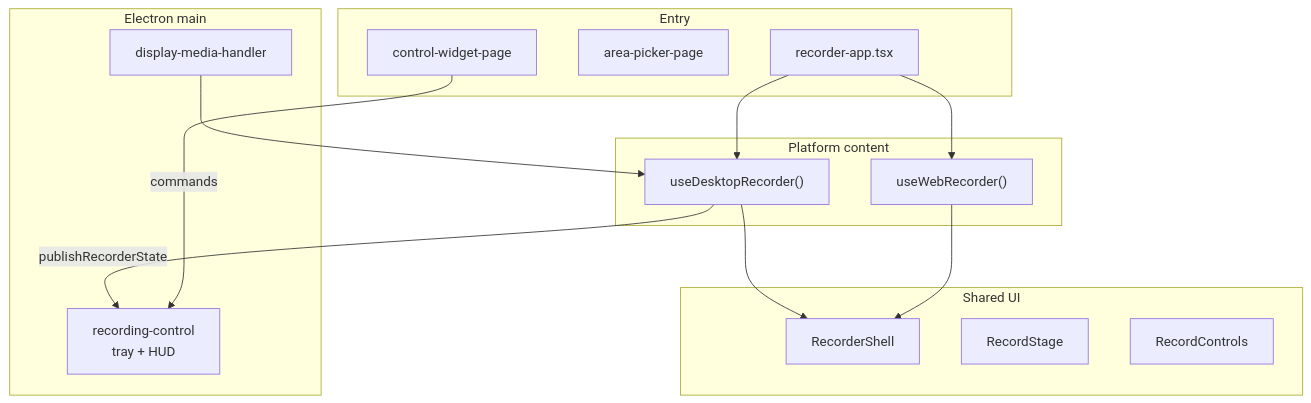
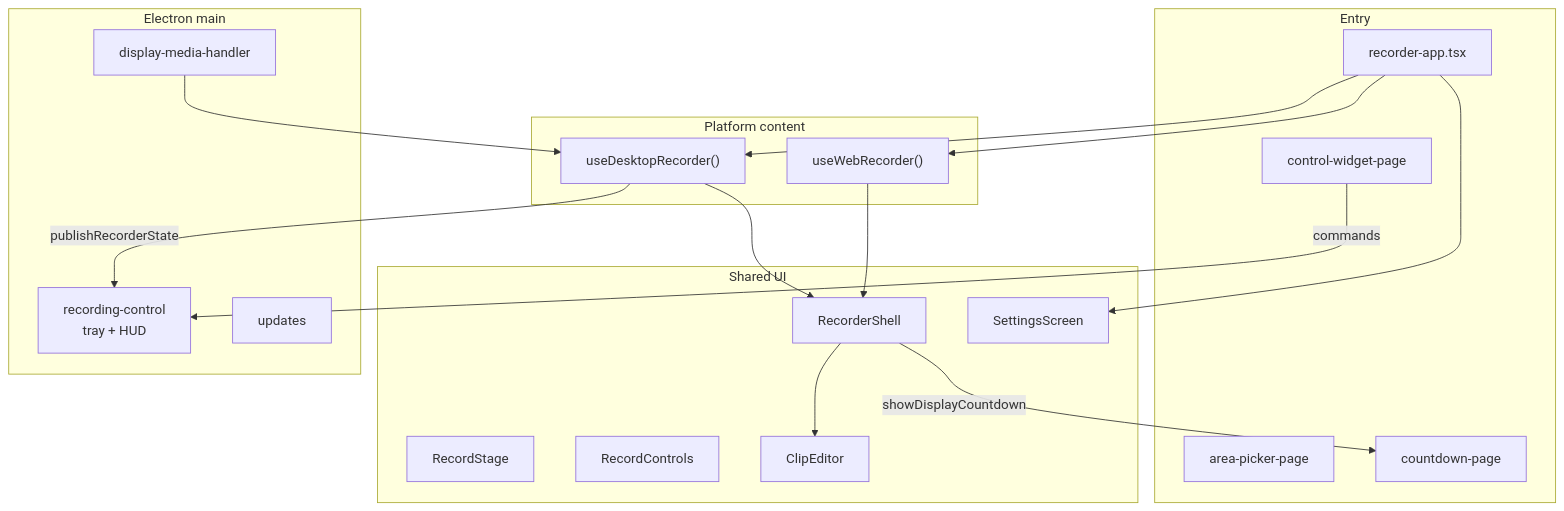
The first of 2 diagrams in README.md (pranavgoel29/ceer), drawn with Mermaid before and after one commit. The commit also changed other lines of this file, not shown here.

First line of the commit message:
Update README to document clip editor, settings, and 4K export

````diff
--- a/README.md
+++ b/README.md
@@ -96,32 +135,39 @@
 ```mermaid
 flowchart TB
   subgraph entry [Entry]
     App["recorder-app.tsx"]
     Area["area-picker-page"]
     Hud["control-widget-page"]
+    Cd["countdown-page"]
   end
 
   subgraph content [Platform content]
     Desktop["useDesktopRecorder()"]
     Web["useWebRecorder()"]
   end
 
   subgraph shell [Shared UI]
     Shell["RecorderShell"]
     Stage["RecordStage"]
     Controls["RecordControls"]
+    Editor["ClipEditor"]
+    Settings["SettingsScreen"]
   end
 
   subgraph main [Electron main]
     RC["recording-control\ntray + HUD"]
     DM["display-media-handler"]
+    Upd["updates"]
   end
 
   App --> Desktop
   App --> Web
   Desktop --> Shell
   Web --> Shell
+  Shell --> Editor
+  App --> Settings
   Desktop -->|publishRecorderState| RC
   Hud -->|commands| RC
   DM --> Desktop
+  Shell -->|showDisplayCountdown| Cd
 ```
````
